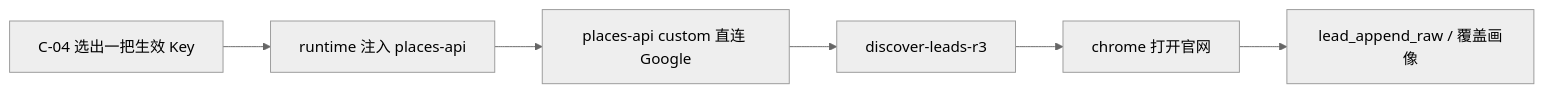
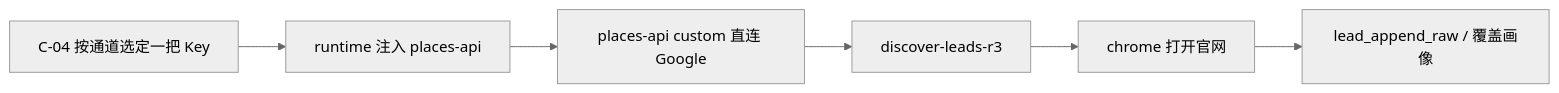
One commit to Pedro-MAFS/ftcs changed the diagram in docs/design/US-PK-C-03-使用官方Key跑R3发现.md. Above: the diagram before and after it, drawn with Mermaid (neutral theme). The commit also changed other lines of this file and 4 other files, not shown here.

````diff
--- a/docs/design/US-PK-C-03-使用官方Key跑R3发现.md
+++ b/docs/design/US-PK-C-03-使用官方Key跑R3发现.md
@@ -30,15 +30,15 @@
 ```mermaid
 flowchart LR
-  sel[C-04 选出一把生效 Key]
+  sel[C-04 按通道选定一把 Key]
   inj[runtime 注入 places-api]
   mcp[places-api custom 直连 Google]
   skill[discover-leads-r3]
   web[chrome 打开官网]
   lead[lead_append_raw / 覆盖画像]
 
   sel --> inj
   inj --> mcp
   mcp --> skill
   skill --> web
   web --> lead
 ```
````
